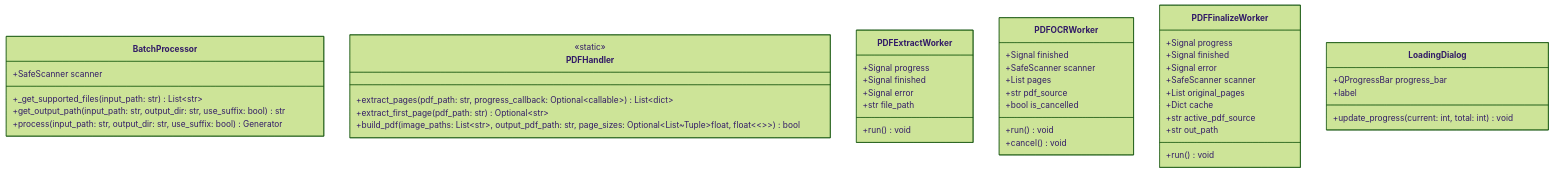
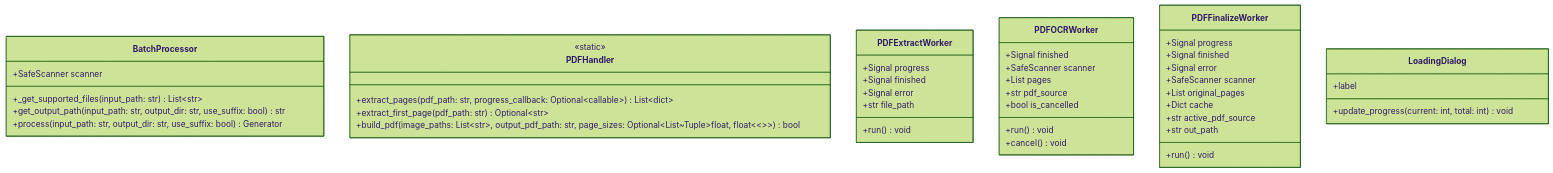
Before and after one commit to FurqanHun/SafeMARC: the second of 3 diagrams in docs/architecture/uml_classes.md, drawn with Mermaid (forest theme). The commit also changed other lines of this file and 4 other files, not shown here.

First line of the commit message:
docs: define automated AST set difference workflow and sync UML

````diff
--- a/docs/architecture/uml_classes.md
+++ b/docs/architecture/uml_classes.md
@@ -125,54 +126,53 @@
 ```mermaid
 classDiagram
     direction TB
 
     class BatchProcessor {
         +SafeScanner scanner
         +_get_supported_files(input_path: str) List~str~
         +get_output_path(input_path: str, output_dir: str, use_suffix: bool) str
         +process(input_path: str, output_dir: str, use_suffix: bool) Generator
     }
 
     class PDFHandler {
         <<static>>
         +extract_pages(pdf_path: str, progress_callback: Optional~callable~) List~dict~
         +extract_first_page(pdf_path: str) Optional~str~
         +build_pdf(image_paths: List~str~, output_pdf_path: str, page_sizes: Optional~List~Tuple~float, float~~~~) bool
     }
 
     class PDFExtractWorker {
         +Signal progress
         +Signal finished
         +Signal error
         +str file_path
         +run() void
     }
 
         class PDFOCRWorker {
         +Signal finished
         +SafeScanner scanner
         +List pages
         +str pdf_source
         +bool is_cancelled
         +run() void
         +cancel() void
     }
 
     class PDFFinalizeWorker {
         +Signal progress
         +Signal finished
         +Signal error
         +SafeScanner scanner
         +List original_pages
         +Dict cache
         +str active_pdf_source
         +str out_path
         +run() void
     }
 
     class LoadingDialog {
-        +QProgressBar progress_bar
         +update_progress(current: int, total: int) void
         +label
     }
 ```
````
